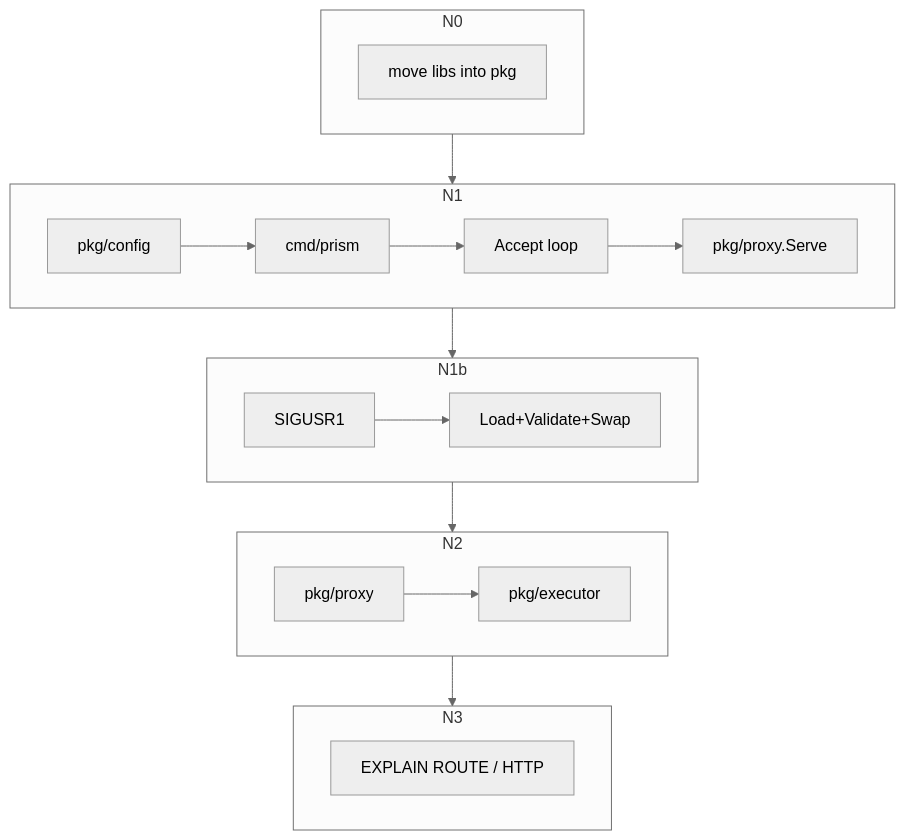
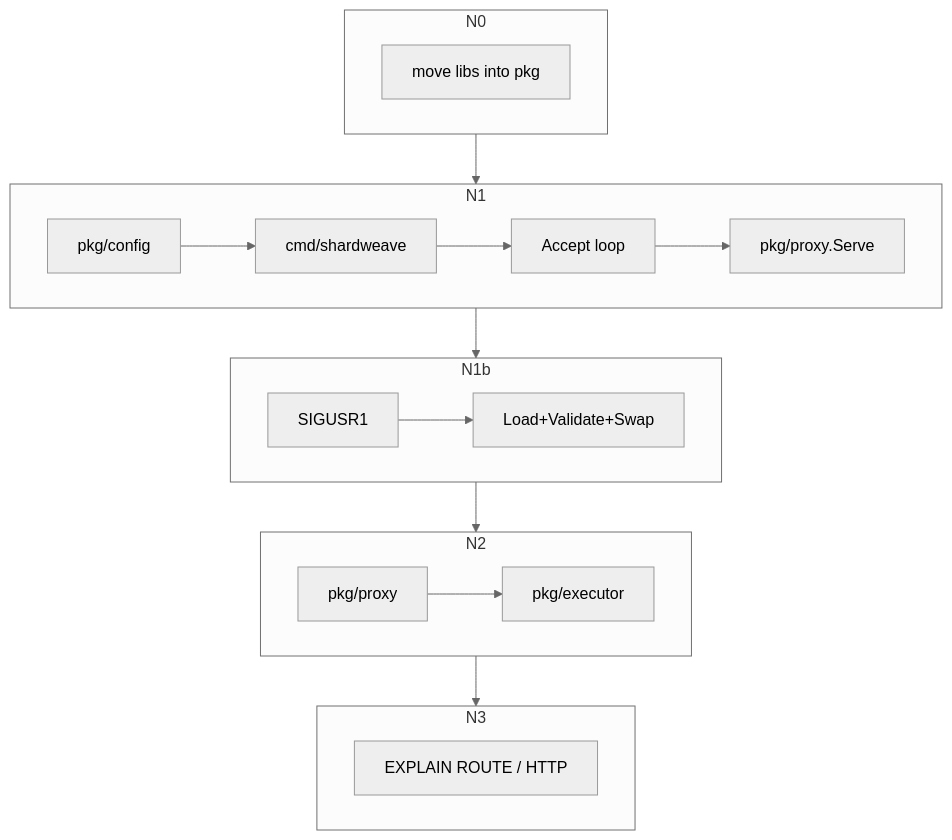
The diagram in docs/design/m1-process-and-pipeline-design.md (acorndb/shardweave), drawn with Mermaid (neutral theme) before and after one commit. The commit also changed other lines of this file and 64 other files, not shown here.

````diff
--- a/docs/design/m1-process-and-pipeline-design.md
+++ b/docs/design/m1-process-and-pipeline-design.md
@@ -230,27 +230,27 @@
 ```mermaid
 flowchart TB
   subgraph n0 [N0]
     move[move libs into pkg]
   end
   subgraph n1 [N1]
     yaml[pkg/config]
-    main[cmd/prism]
+    main[cmd/shardweave]
     accept[Accept loop]
     serve[pkg/proxy.Serve]
     yaml --> main --> accept --> serve
   end
   subgraph n1b [N1b]
     usr1[SIGUSR1]
     reload[Load+Validate+Swap]
     usr1 --> reload
   end
   subgraph n2 [N2]
     lis[pkg/proxy]
     exec[pkg/executor]
     lis --> exec
   end
   subgraph n3 [N3]
     explain[EXPLAIN ROUTE / HTTP]
   end
   n0 --> n1 --> n1b --> n2 --> n3
 ```
````
